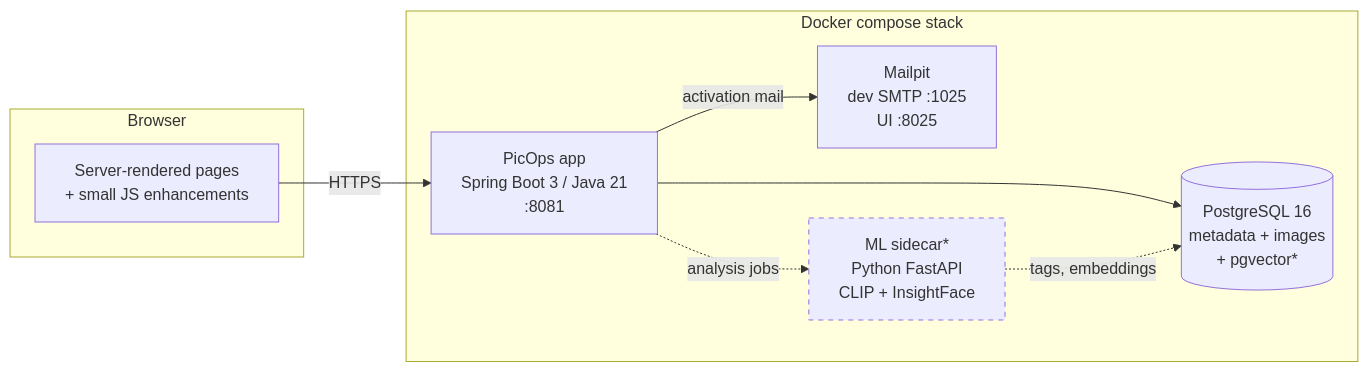
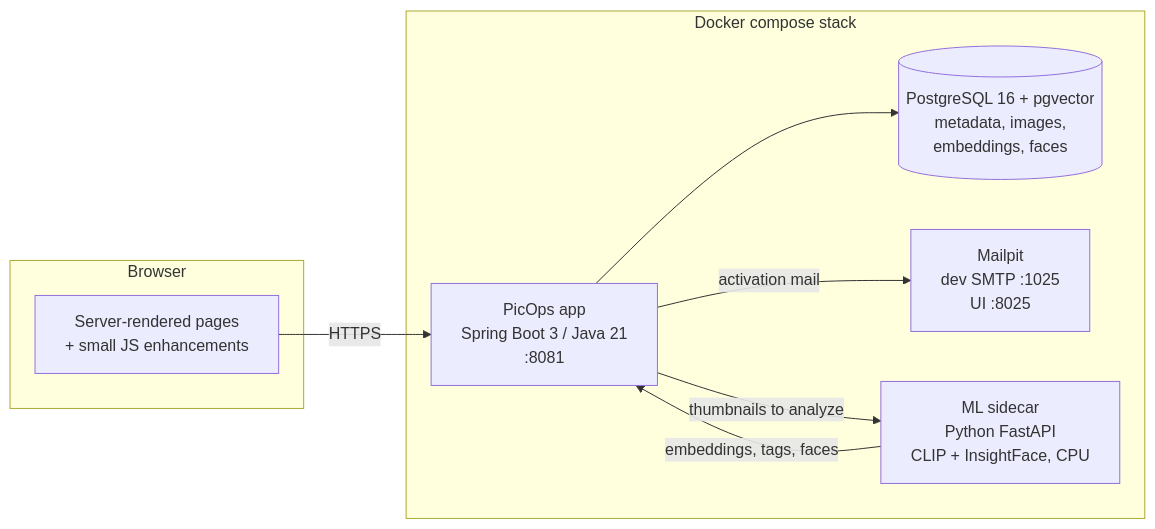
Before and after one commit to mmcjcc/PicOps: the first of 4 diagrams in README.md, drawn with Mermaid. The commit also changed other lines of this file, not shown here.

Commit message:
Docs: ML pipeline is no longer 'planned' - update architecture diagrams

````diff
--- a/README.md
+++ b/README.md
@@ -27,21 +25,19 @@
 ```mermaid
 flowchart LR
     subgraph client [Browser]
         UI[Server-rendered pages<br>+ small JS enhancements]
     end
 
     subgraph compose [Docker compose stack]
         APP[PicOps app<br>Spring Boot 3 / Java 21<br>:8081]
-        DB[(PostgreSQL 16<br>metadata + images<br>+ pgvector*)]
+        DB[(PostgreSQL 16 + pgvector<br>metadata, images,<br>embeddings, faces)]
         MAIL[Mailpit<br>dev SMTP :1025<br>UI :8025]
-        ML[ML sidecar*<br>Python FastAPI<br>CLIP + InsightFace]
+        ML[ML sidecar<br>Python FastAPI<br>CLIP + InsightFace, CPU]
     end
 
     UI -->|HTTPS| APP
     APP --> DB
     APP -->|activation mail| MAIL
-    APP -.->|analysis jobs| ML
-    ML -.->|tags, embeddings| DB
-
-    style ML stroke-dasharray: 5 5
+    APP -->|thumbnails to analyze| ML
+    ML -->|embeddings, tags, faces| APP
 ```
````
